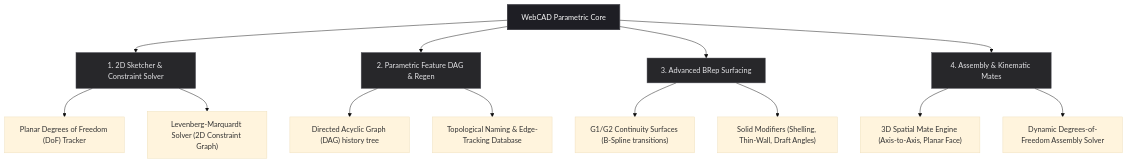
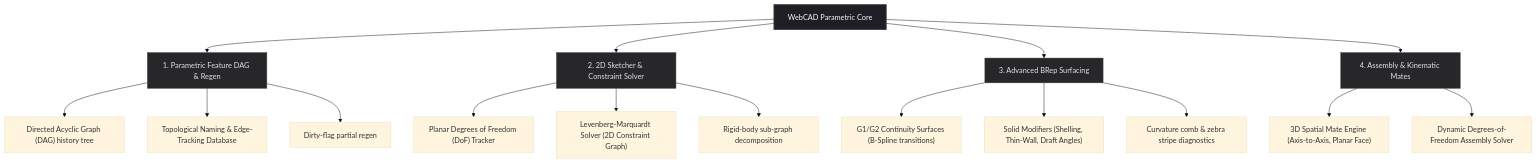
The diagram in Documents/3d/road_to_catia.md (elhakimz/webcad), drawn with Mermaid (base theme) before and after one commit. The commit also changed other lines of this file and 209 other files, not shown here.

````diff
--- a/Documents/3d/road_to_catia.md
+++ b/Documents/3d/road_to_catia.md
@@ -11,22 +11,25 @@
 ```mermaid
 graph TD
     classDef main fill:#1e1e24,stroke:#3f3f46,stroke-width:2px,color:#fafafa;
     classDef sub fill:#27272a,stroke:#52525b,stroke-width:1px,color:#e4e4e7;
-    
-    A[WebCAD Parametric Core]:::main --> B[1. 2D Sketcher & Constraint Solver]:::sub
-    A --> C[2. Parametric Feature DAG & Regen]:::sub
+
+    A[WebCAD Parametric Core]:::main --> B[1. Parametric Feature DAG & Regen]:::sub
+    A --> C[2. 2D Sketcher & Constraint Solver]:::sub
     A --> D[3. Advanced BRep Surfacing]:::sub
     A --> E[4. Assembly & Kinematic Mates]:::sub
 
-    B --> B1["Planar Degrees of Freedom (DoF) Tracker"]
-    B --> B2["Levenberg-Marquardt Solver (2D Constraint Graph)"]
-    
-    C --> C1["Directed Acyclic Graph (DAG) history tree"]
-    C --> C2["Topological Naming & Edge-Tracking Database"]
-    
+    B --> B1["Directed Acyclic Graph (DAG) history tree"]
+    B --> B2["Topological Naming & Edge-Tracking Database"]
+    B --> B3["Dirty-flag partial regen"]
+
+    C --> C1["Planar Degrees of Freedom (DoF) Tracker"]
+    C --> C2["Levenberg-Marquardt Solver (2D Constraint Graph)"]
+    C --> C3["Rigid-body sub-graph decomposition"]
+
     D --> D1["G1/G2 Continuity Surfaces (B-Spline transitions)"]
     D --> D2["Solid Modifiers (Shelling, Thin-Wall, Draft Angles)"]
-    
+    D --> D3["Curvature comb & zebra stripe diagnostics"]
+
     E --> E1["3D Spatial Mate Engine (Axis-to-Axis, Planar Face)"]
     E --> E2["Dynamic Degrees-of-Freedom Assembly Solver"]
 ```
````
